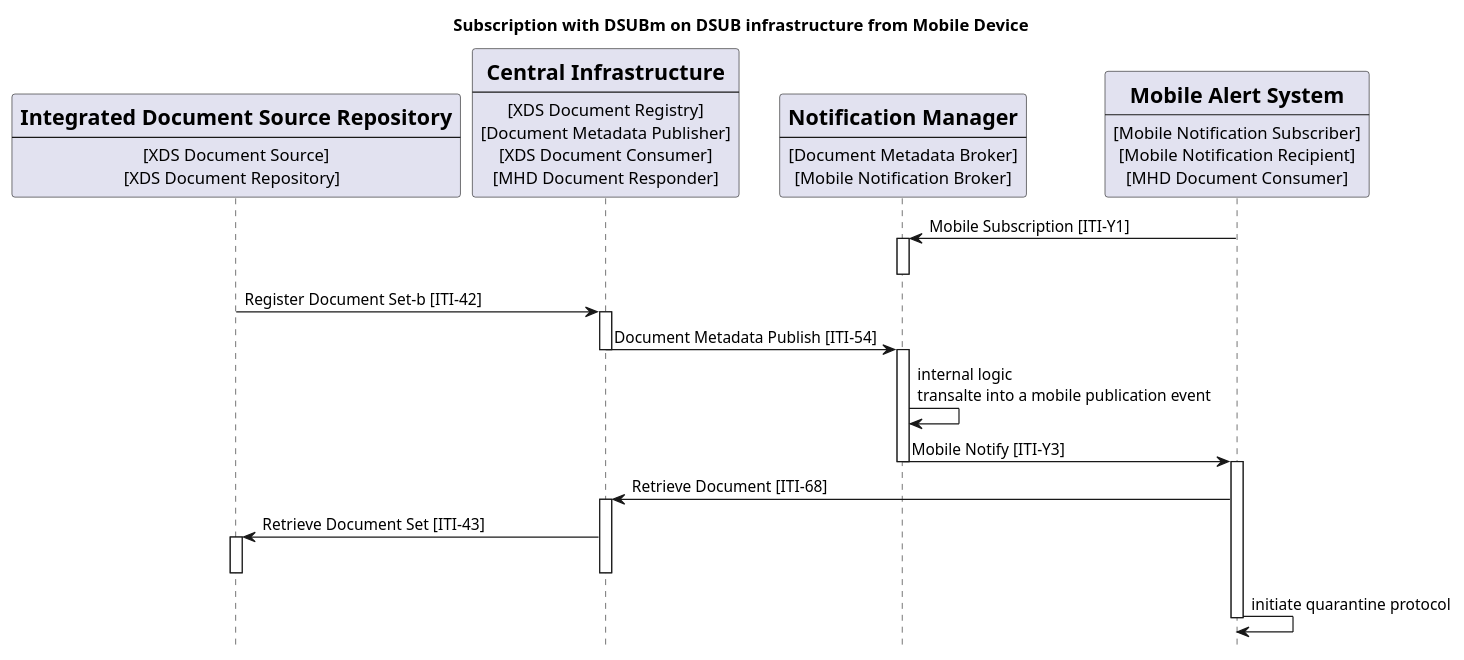
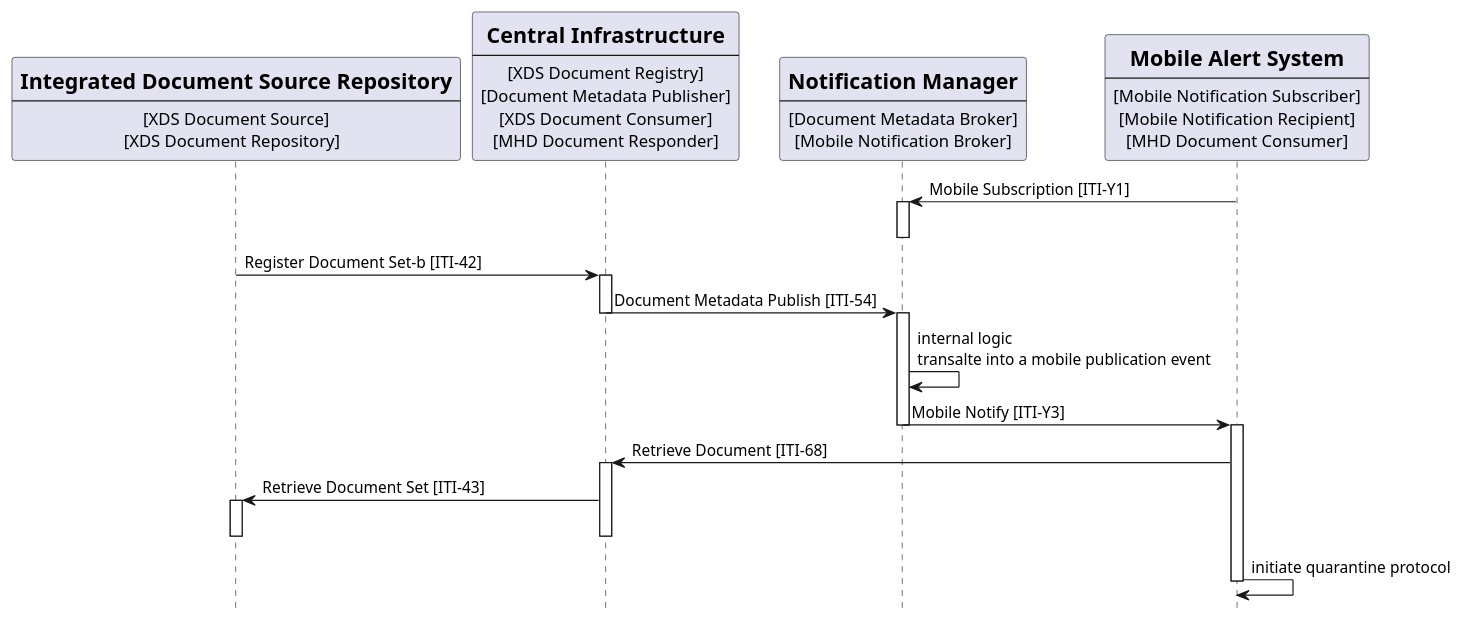
Before and after one commit to IHE/ITI.DSUBm: the diagram in input/images-source/usecase5-processflow.plantuml, drawn with PlantUML. The commit also changed 6 other files, not shown here.

```diff
--- a/input/images-source/usecase5-processflow.plantuml
+++ b/input/images-source/usecase5-processflow.plantuml
@@ -1,63 +1,63 @@
 @startuml
 skinparam svgDimensionStyle false
 hide footbox
-title "Subscription with DSUBm on DSUB infrastructure from Mobile Device" 
+/'title "Subscription with DSUBm on DSUB infrastructure from Mobile Device" '/
 
 
 participant Repository [
     =Integrated Document Source Repository
     ----
     [XDS Document Source]
     [XDS Document Repository]  
 ] 
 
 participant Central [
     =Central Infrastructure
     ----
     [XDS Document Registry]
     [Document Metadata Publisher]
     [XDS Document Consumer]
     [MHD Document Responder]
 ] 
 
 participant Broker [
     =Notification Manager
     ----
     [Document Metadata Broker]
     [Mobile Notification Broker]
 ] 
 
 
 participant MobDevice [
     =Mobile Alert System 
     ----
     [Mobile Notification Subscriber]
     [Mobile Notification Recipient]
     [MHD Document Consumer]
 ] 
 
 MobDevice -> Broker: Mobile Subscription [ITI-Y1]
 activate Broker
 deactivate Broker
 Repository -> Central: Register Document Set-b [ITI-42]
 activate Central
 Central -> Broker:  Document Metadata Publish [ITI-54]
 deactivate Central
 activate Broker
 Broker -> Broker: internal logic\ntransalte into a mobile publication event
 Broker  -> MobDevice: Mobile Notify [ITI-Y3]
 deactivate Broker
 
 activate MobDevice
 MobDevice -> Central: Retrieve Document [ITI-68]
 activate Central
 Central -> Repository: Retrieve Document Set [ITI-43]
 activate Repository
 deactivate Repository
 deactivate Central
 MobDevice -> MobDevice: initiate quarantine protocol
 deactivate MobDevice
 
 
 
 @enduml
```
